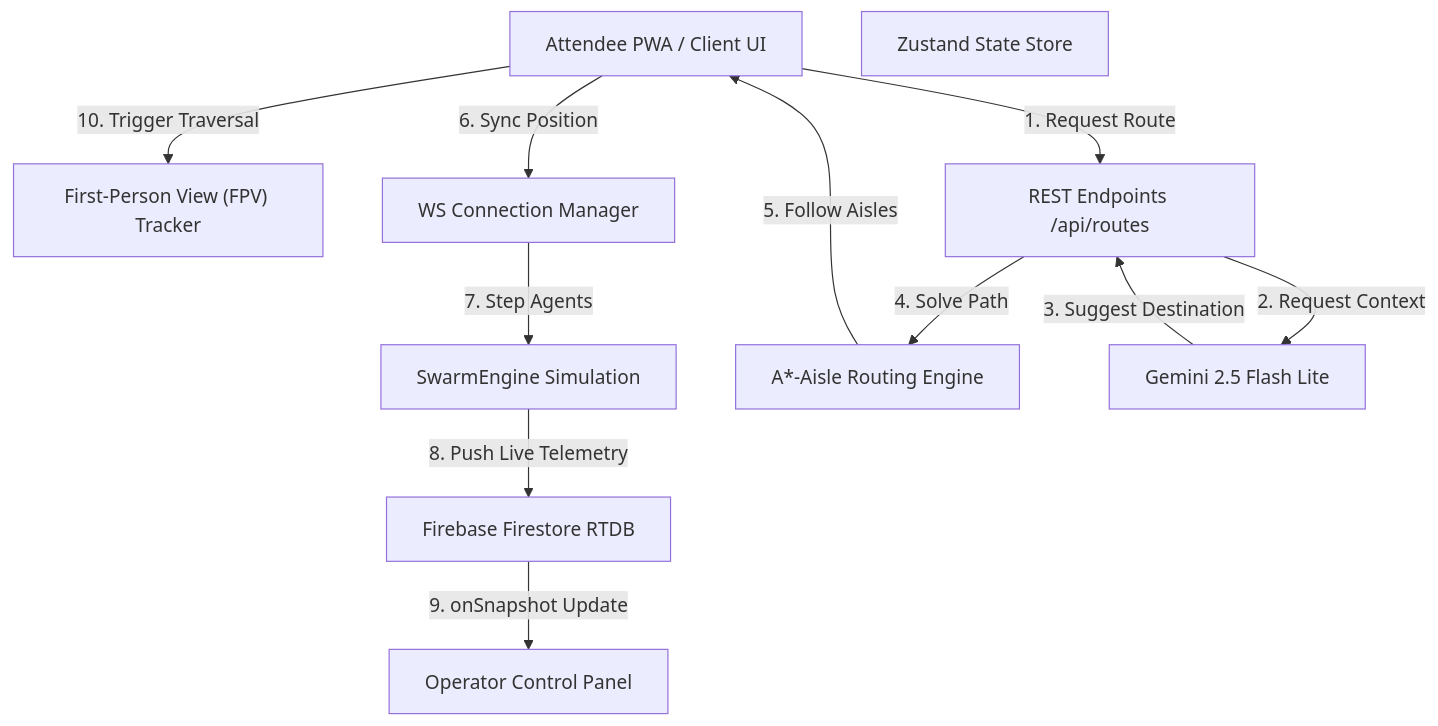
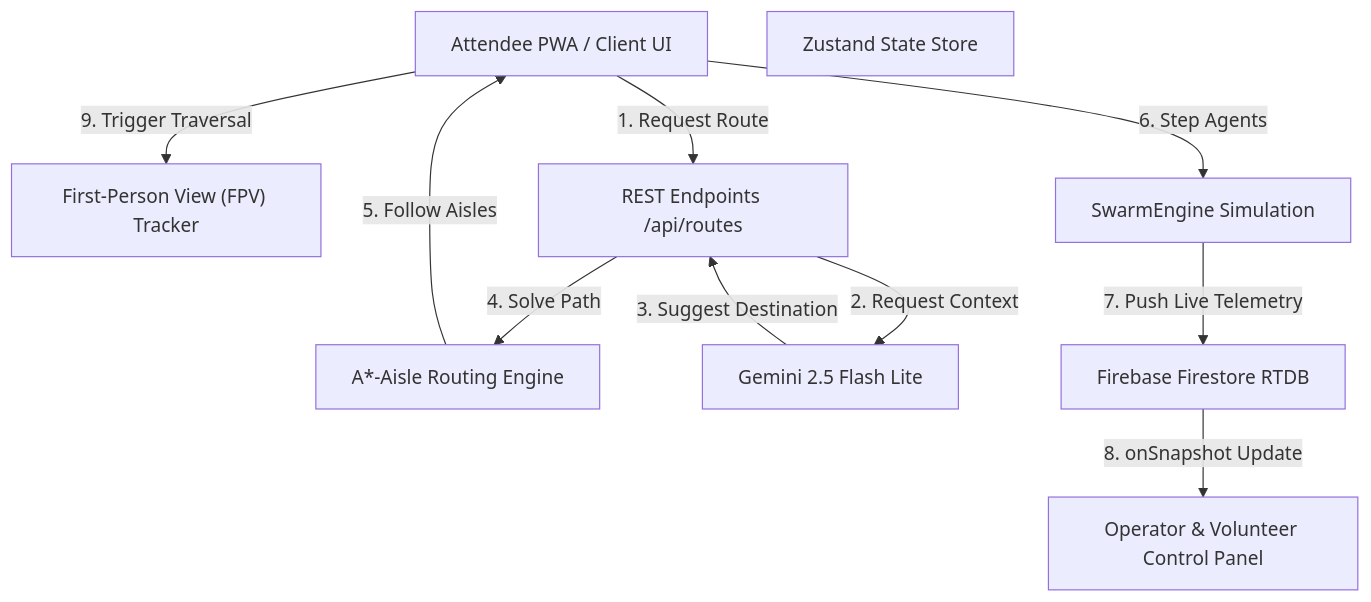
The first of 3 diagrams in README.md (Varshith10121901/Stadium-Controler), drawn with Mermaid before and after one commit. The commit also changed other lines of this file and 20 other files, not shown here.

````diff
--- a/README.md
+++ b/README.md
@@ -15,24 +33,22 @@
 ```mermaid
 graph TB
     Client["Attendee PWA / Client UI"]
     FPV["First-Person View (FPV) Tracker"]
-    Dashboard["Operator Control Panel"]
+    Dashboard["Operator & Volunteer Control Panel"]
     Store["Zustand State Store"]
     API["REST Endpoints /api/routes"]
-    WS["WS Connection Manager"]
     Engine["SwarmEngine Simulation"]
     Pathfinder["A*-Aisle Routing Engine"]
     Gemini["Gemini 2.5 Flash Lite"]
     Firestore["Firebase Firestore RTDB"]
 
     Client -->|1. Request Route| API
     API -->|2. Request Context| Gemini
     Gemini -->|3. Suggest Destination| API
     API -->|4. Solve Path| Pathfinder
     Pathfinder -->|5. Follow Aisles| Client
-    Client -->|6. Sync Position| WS
-    WS -->|7. Step Agents| Engine
-    Engine -->|8. Push Live Telemetry| Firestore
-    Firestore -->|9. onSnapshot Update| Dashboard
-    Client -->|10. Trigger Traversal| FPV
+    Client -->|6. Step Agents| Engine
+    Engine -->|7. Push Live Telemetry| Firestore
+    Firestore -->|8. onSnapshot Update| Dashboard
+    Client -->|9. Trigger Traversal| FPV
 ```
````
